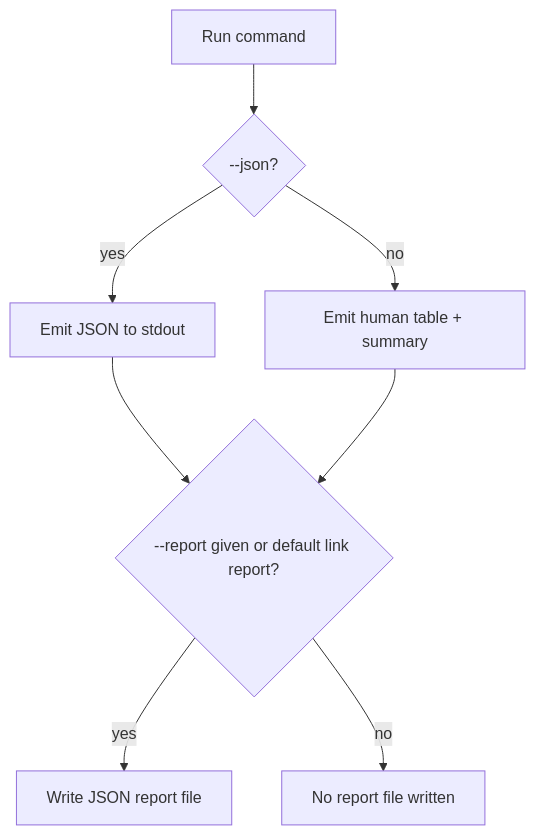
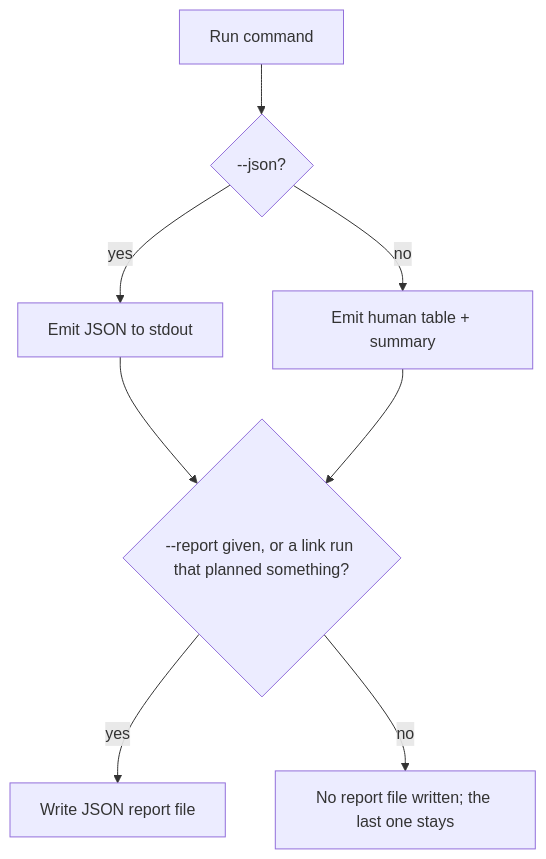
One commit to BattermanZ/DejaView changed the sixth of 6 diagrams in docs/HOW_IT_WORKS.md. Above: the diagram before and after it, drawn with Mermaid. The commit also changed 12 other files, not shown here.

````diff
--- a/docs/HOW_IT_WORKS.md
+++ b/docs/HOW_IT_WORKS.md
@@ -141,10 +141,10 @@
 ```mermaid
 flowchart TD
     A[Run command] --> B{--json?}
     B -- yes --> C[Emit JSON to stdout]
     B -- no --> D[Emit human table + summary]
-    C --> E{--report given or default link report?}
+    C --> E{--report given, or a link run that planned something?}
     D --> E
     E -- yes --> F[Write JSON report file]
-    E -- no --> G[No report file written]
+    E -- no --> G[No report file written; the last one stays]
 ```
````
